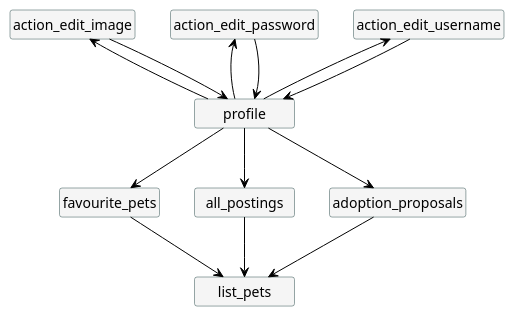
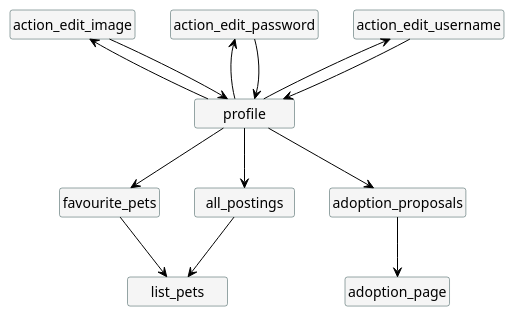
The diagram in doc/profile.puml (up201806330/Hoaloha), drawn with PlantUML before and after one commit.

```diff
--- a/doc/profile.puml
+++ b/doc/profile.puml
@@ -1,31 +1,32 @@
 @startuml profile
 skinparam minClassWidth 100
 skinparam classBackgroundColor WhiteSmoke
 skinparam classBorderColor DarkSlateGrey
 hide members
 hide circles
 
 class profile
 class favourite_pets
 class all_postings
 class list_pets
+class adoption_page
 class adoption_proposals
 class action_edit_username
 class action_edit_password
 class action_edit_image
 
 profile-[#black]up->action_edit_username
 action_edit_username--[#black]>profile
 profile-[#black]up->action_edit_password
 action_edit_password--[#black]>profile
 profile-[#black]up->action_edit_image
 action_edit_image--[#black]>profile
 profile-[#black]down->favourite_pets
 profile-[#black]down->all_postings
 favourite_pets-[#black]down->list_pets
 all_postings-[#black]down->list_pets
 profile-[#black]down->adoption_proposals
-adoption_proposals-[#black]->list_pets
+adoption_proposals-[#black]->adoption_page
 
 
 @enduml
```
